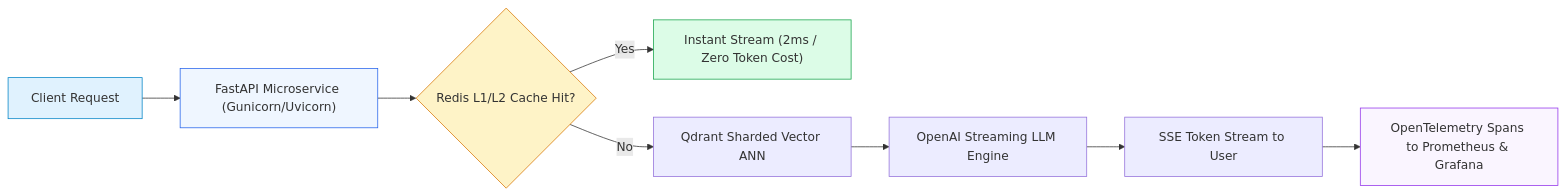
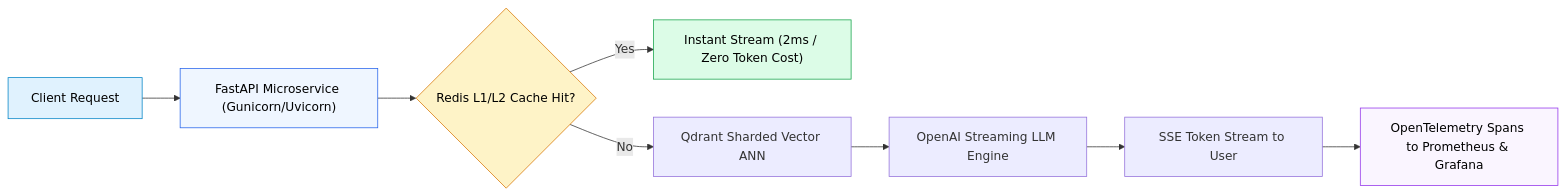
The third of 3 diagrams in 10-Hands-On-Projects/12-Production-Ready-RAG/README.md (swapnil3104/RAG-Engineering), drawn with Mermaid before and after one commit. The commit also changed other lines of this file and 108 other files, not shown here.

Commit message:
fix: make chart text visible across all Mermaid diagrams and resolve markdown table formatting issues

````diff
--- a/10-Hands-On-Projects/12-Production-Ready-RAG/README.md
+++ b/10-Hands-On-Projects/12-Production-Ready-RAG/README.md
@@ -578,16 +578,16 @@
 ```mermaid
 flowchart LR
     Client["Client Request"] --> API["FastAPI Microservice (Gunicorn/Uvicorn)"]
     API --> Cache{"Redis L1/L2 Cache Hit?"}
     Cache -- Yes --> StreamFast["Instant Stream (2ms / Zero Token Cost)"]
     Cache -- No --> Qdrant["Qdrant Sharded Vector ANN"]
     Qdrant --> OpenAI["OpenAI Streaming LLM Engine"]
     OpenAI --> SSE["SSE Token Stream to User"]
     SSE --> Telemetry["OpenTelemetry Spans to Prometheus & Grafana"]
 
-    style Client fill:#e0f2fe,stroke:#0284c7
-    style API fill:#eff6ff,stroke:#2563eb
-    style Cache fill:#fef3c7,stroke:#d97706
-    style StreamFast fill:#dcfce7,stroke:#16a34a
-    style Telemetry fill:#faf5ff,stroke:#9333ea
+    style Client fill:#e0f2fe,stroke:#0284c7,color:#000000
+    style API fill:#eff6ff,stroke:#2563eb,color:#000000
+    style Cache fill:#fef3c7,stroke:#d97706,color:#000000
+    style StreamFast fill:#dcfce7,stroke:#16a34a,color:#000000
+    style Telemetry fill:#faf5ff,stroke:#9333ea,color:#000000
 ```
````
